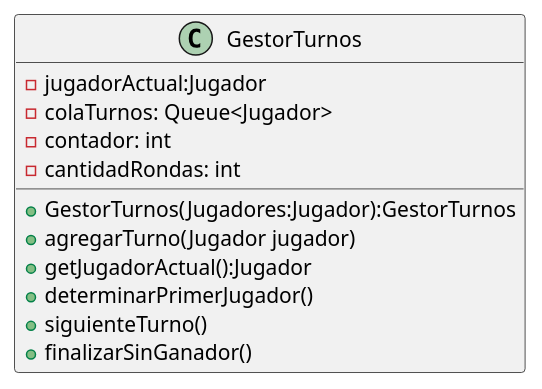
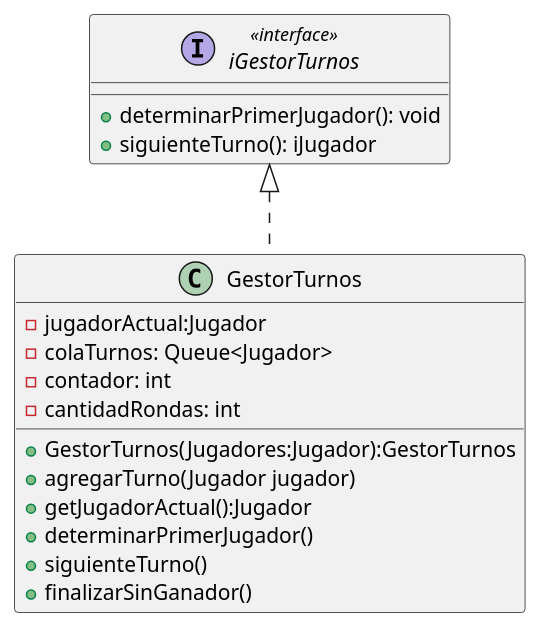
Before and after one commit to mcumskov/Algo3_tp2: the first of 2 diagrams in diagrams/clases/clase_gestorTurnos.plantuml, drawn with PlantUML. The commit also changed 19 other files, not shown here.

Commit message:
actualizo diagramas

```diff
--- a/diagrams/clases/clase_gestorTurnos.plantuml
+++ b/diagrams/clases/clase_gestorTurnos.plantuml
@@ -1,15 +1,23 @@
 @startuml
     class GestorTurnos {
         - jugadorActual:Jugador
         - colaTurnos: Queue<Jugador>
         - contador: int
         - cantidadRondas: int
         + GestorTurnos(Jugadores:Jugador):GestorTurnos
         + agregarTurno(Jugador jugador)
         + getJugadorActual():Jugador
         + determinarPrimerJugador()
         +siguienteTurno()
         +finalizarSinGanador()
 
     }
+
+    interface iGestorTurnos << interface >> {
+      + determinarPrimerJugador(): void
+      + siguienteTurno(): iJugador
+    }
+
+    iGestorTurnos <|.- GestorTurnos
+
 @enduml
```
